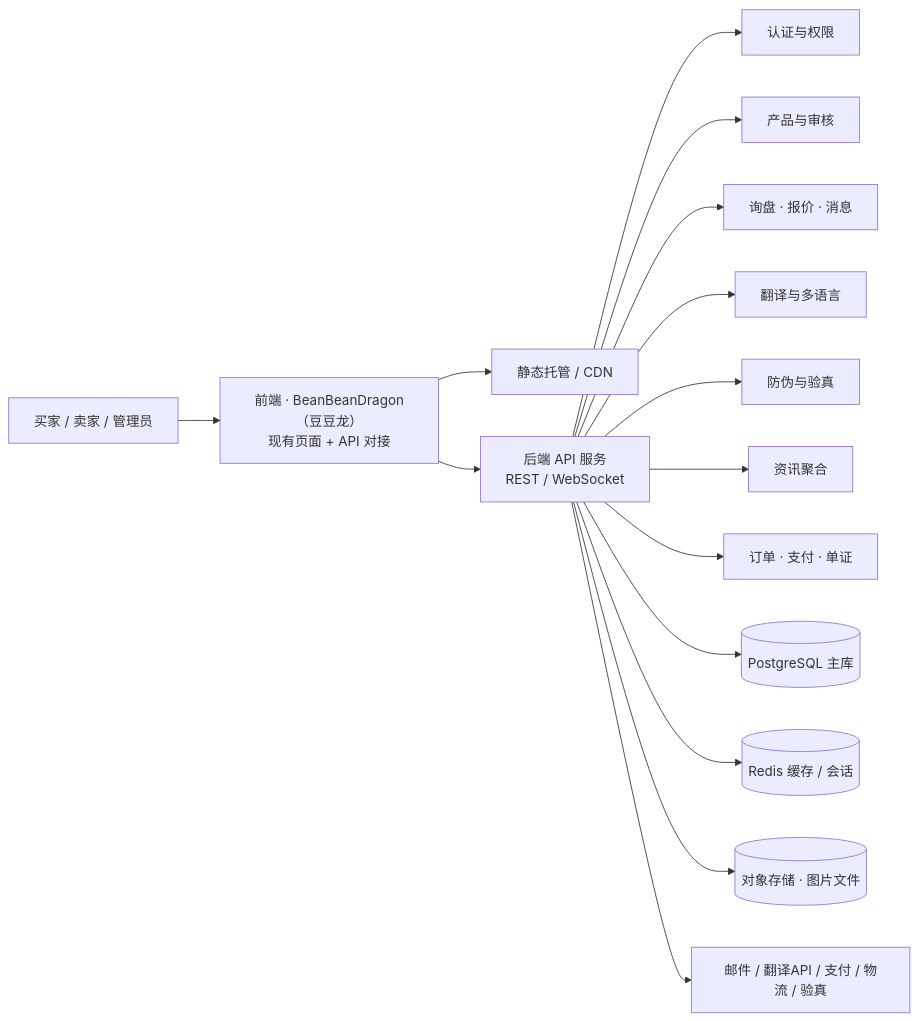
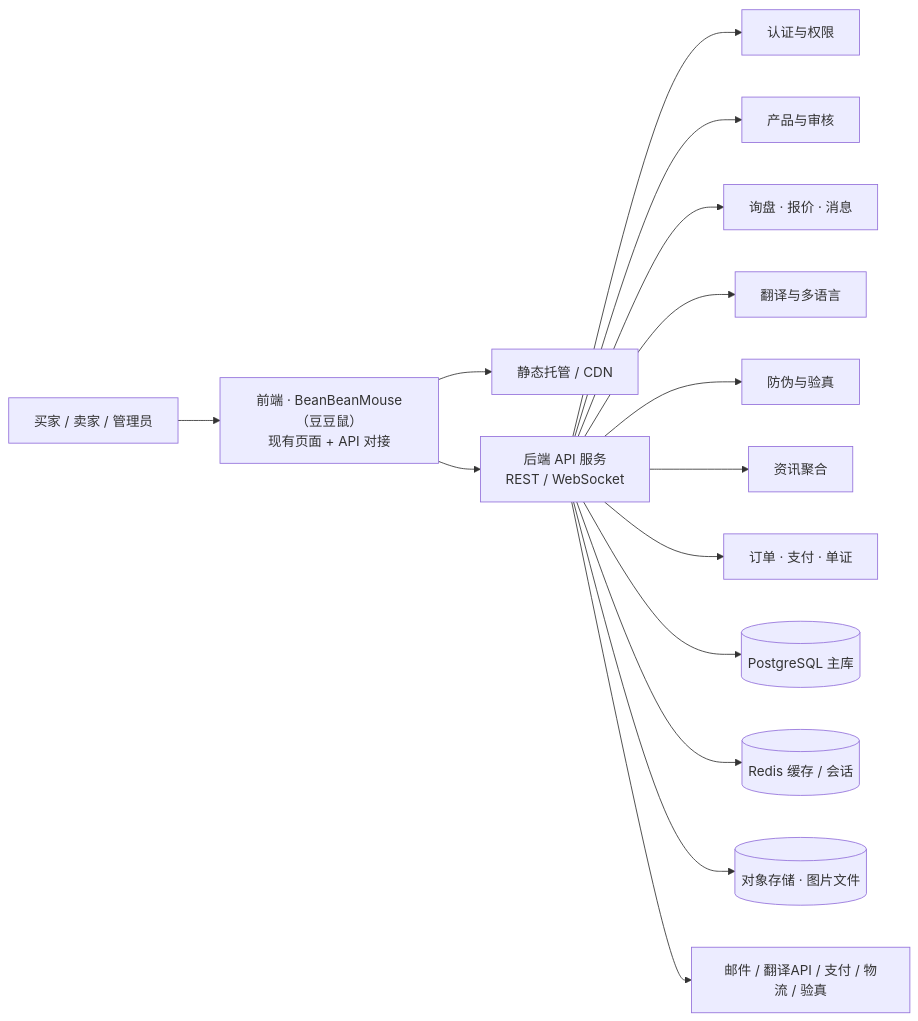
The diagram in docs/backend-design.md (berber-233/BeanBeanMouse), drawn with Mermaid before and after one commit. The commit also changed other lines of this file and 55 other files, not shown here.

Commit message:
Rebrand to BeanBeanMouse (豆豆鼠); finalize AI hamster mascot; domain research

````diff
--- a/docs/backend-design.md
+++ b/docs/backend-design.md
@@ -9,17 +9,17 @@
 ```mermaid
 flowchart LR
-  U[买家 / 卖家 / 管理员] --> F[前端 · BeanBeanDragon（豆豆龙）<br/>现有页面 + API 对接]
+  U[买家 / 卖家 / 管理员] --> F[前端 · BeanBeanMouse（豆豆鼠）<br/>现有页面 + API 对接]
   F --> CDN[静态托管 / CDN]
   F --> API[后端 API 服务<br/>REST / WebSocket]
   API --> A[认证与权限]
   API --> P[产品与审核]
   API --> T[询盘 · 报价 · 消息]
   API --> L[翻译与多语言]
   API --> K[防伪与验真]
   API --> N[资讯聚合]
   API --> O[订单 · 支付 · 单证]
   API --> C[(PostgreSQL 主库)]
   API --> R[(Redis 缓存 / 会话)]
   API --> S[(对象存储 · 图片文件)]
   API --> E[邮件 / 翻译API / 支付 / 物流 / 验真]
 ```
````
